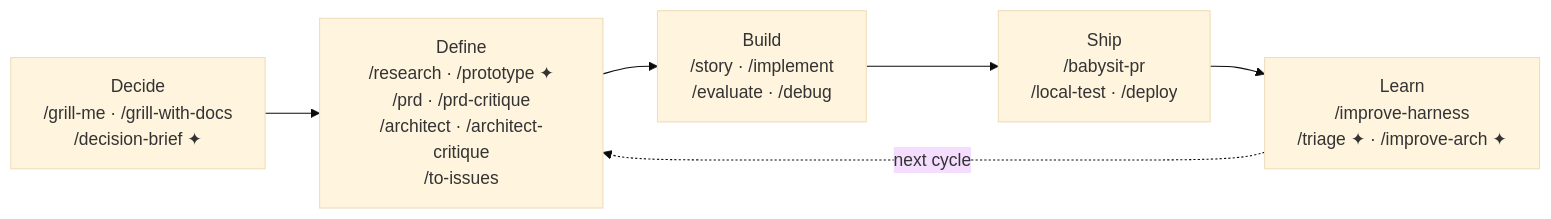
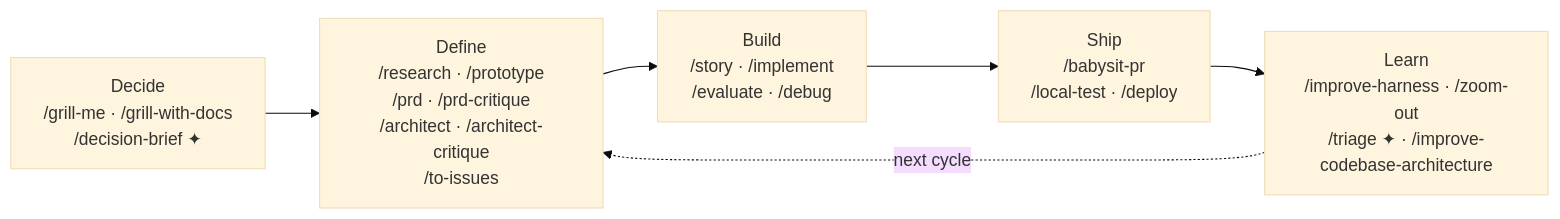
The diagram in README.md (anudeeps28/claude-code-harness), drawn with Mermaid (base theme) before and after one commit. The commit also changed other lines of this file and 3 other files, not shown here.

First line of the commit message:
feat: add /prototype, /zoom-out, and /improve-codebase-architecture skills (T3.4, T3.5, T3.6)

````diff
--- a/README.md
+++ b/README.md
@@ -68,11 +68,11 @@
 ```mermaid
 flowchart LR
     P0["Decide<br/>/grill-me · /grill-with-docs<br/>/decision-brief ✦"]
-    P1["Define<br/>/research · /prototype ✦<br/>/prd · /prd-critique<br/>/architect · /architect-critique<br/>/to-issues"]
+    P1["Define<br/>/research · /prototype<br/>/prd · /prd-critique<br/>/architect · /architect-critique<br/>/to-issues"]
     P2["Build<br/>/story · /implement<br/>/evaluate · /debug"]
     P3["Ship<br/>/babysit-pr<br/>/local-test · /deploy"]
-    P4["Learn<br/>/improve-harness<br/>/triage ✦ · /improve-arch ✦"]
+    P4["Learn<br/>/improve-harness · /zoom-out<br/>/triage ✦ · /improve-codebase-architecture"]
 
     P0 --> P1 --> P2 --> P3 --> P4
     P4 -.->|"next cycle"| P1
 ```
````
